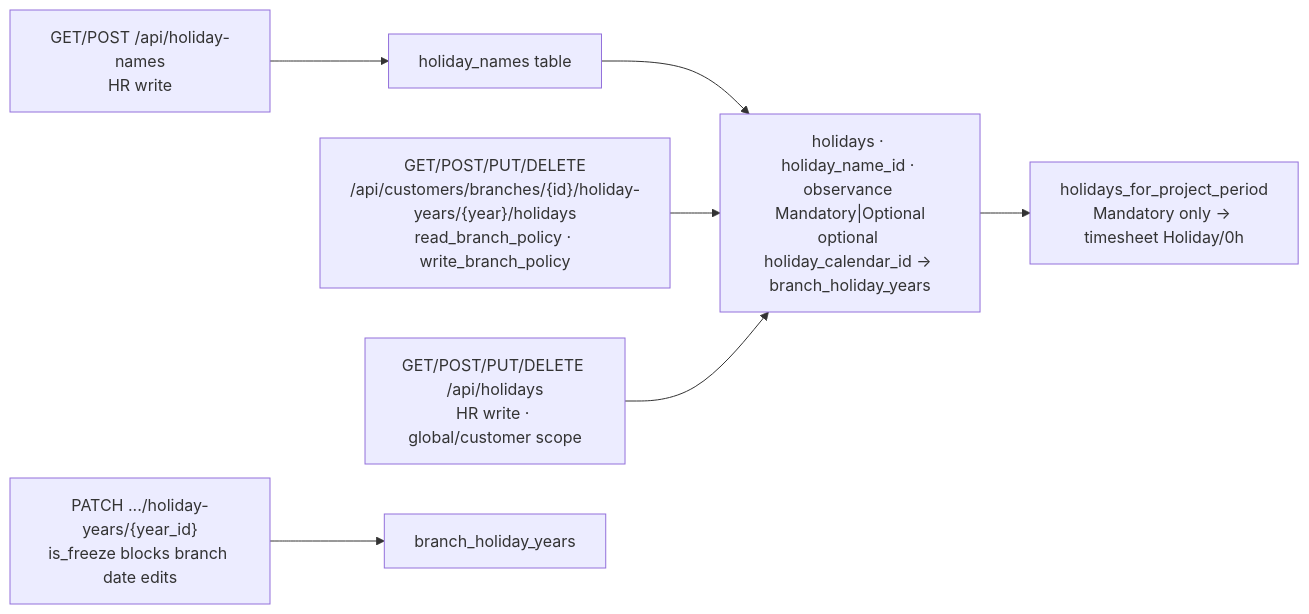
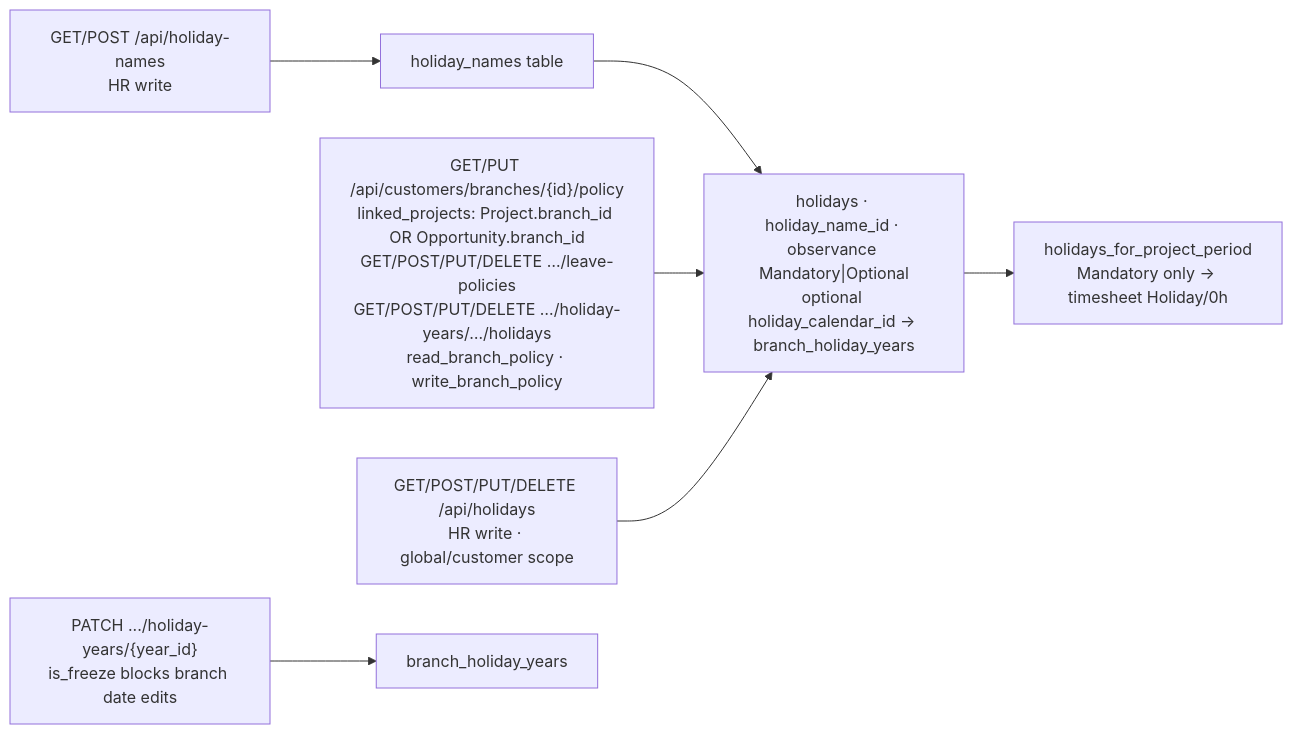
Before and after one commit to pawan-88/CRM-AI-Interview-Backend-B-V2: the tenth of 10 diagrams in docs/architecture/04-api-flow.md, drawn with Mermaid. The commit also changed other lines of this file and 63 other files, not shown here.

Commit message:
Add CRM delete cascades, leave effective_date, and project/leave billing policy APIs.

````diff
--- a/docs/architecture/04-api-flow.md
+++ b/docs/architecture/04-api-flow.md
@@ -201,12 +228,12 @@
 ```mermaid
 flowchart LR
     names["GET/POST /api/holiday-names<br/>HR write"] --> master["holiday_names table"]
     global["GET/POST/PUT/DELETE /api/holidays<br/>HR write · global/customer scope"]
-    branch["GET/POST/PUT/DELETE<br/>/api/customers/branches/{id}/holiday-years/{year}/holidays<br/>read_branch_policy · write_branch_policy"]
+    branch["GET/PUT /api/customers/branches/{id}/policy<br/>linked_projects: Project.branch_id OR Opportunity.branch_id<br/>GET/POST/PUT/DELETE …/leave-policies<br/>GET/POST/PUT/DELETE …/holiday-years/…/holidays<br/>read_branch_policy · write_branch_policy"]
     freeze["PATCH .../holiday-years/{year_id}<br/>is_freeze blocks branch date edits"]
     master --> hol["holidays · holiday_name_id · observance Mandatory|Optional<br/>optional holiday_calendar_id → branch_holiday_years"]
     branch --> hol
     global --> hol
     freeze --> bhy["branch_holiday_years"]
     hol --> ts["holidays_for_project_period<br/>Mandatory only → timesheet Holiday/0h"]
 ```
````
